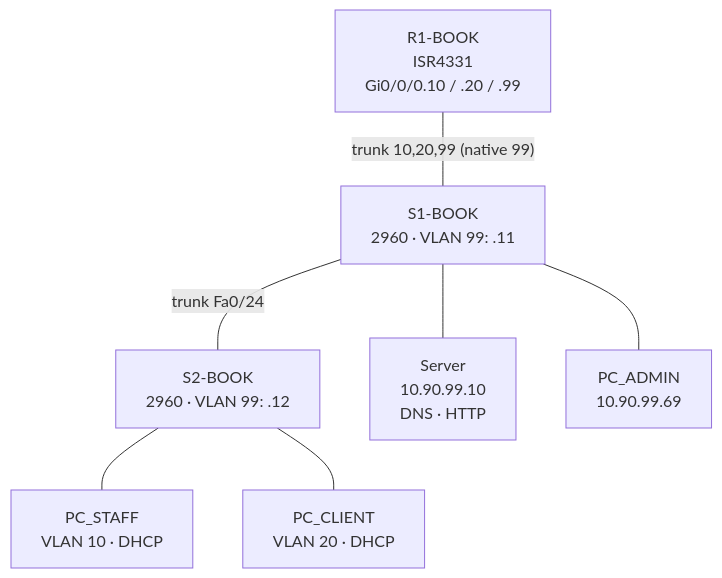
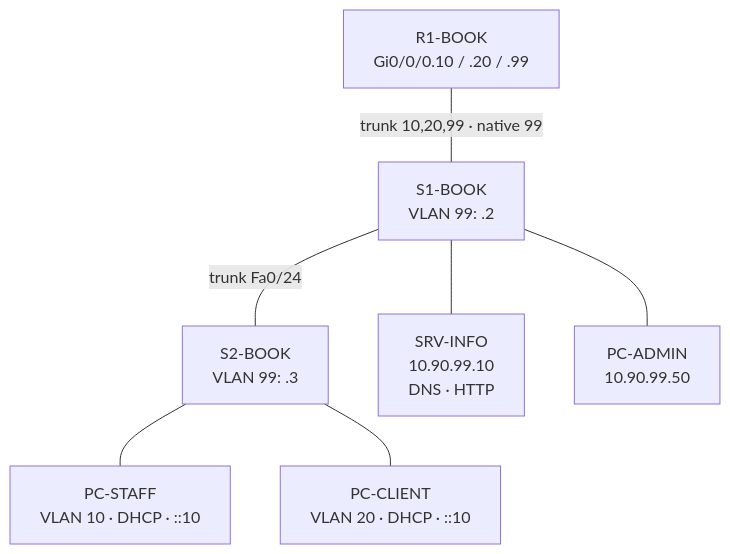
Before and after one commit to mwozniak-net/cisco-network-labs: the diagram in 01-booknook-router-on-a-stick/README.md, drawn with Mermaid. The commit also changed other lines of this file and 29 other files, not shown here.

````diff
--- a/01-booknook-router-on-a-stick/README.md
+++ b/01-booknook-router-on-a-stick/README.md
@@ -11,16 +13,16 @@
 ```mermaid
 flowchart TB
-  R1["R1-BOOK<br/>ISR4331<br/>Gi0/0/0.10 / .20 / .99"]
-  S1["S1-BOOK<br/>2960 · VLAN 99: .11"]
-  S2["S2-BOOK<br/>2960 · VLAN 99: .12"]
-  SRV["Server<br/>10.90.99.10<br/>DNS · HTTP"]
-  ADM["PC_ADMIN<br/>10.90.99.69"]
-  STF["PC_STAFF<br/>VLAN 10 · DHCP"]
-  CLI["PC_CLIENT<br/>VLAN 20 · DHCP"]
-  R1 ---|"trunk 10,20,99 (native 99)"| S1
+  R1["R1-BOOK<br/>Gi0/0/0.10 / .20 / .99"]
+  S1["S1-BOOK<br/>VLAN 99: .2"]
+  S2["S2-BOOK<br/>VLAN 99: .3"]
+  SRV["SRV-INFO<br/>10.90.99.10<br/>DNS · HTTP"]
+  ADM["PC-ADMIN<br/>10.90.99.50"]
+  STF["PC-STAFF<br/>VLAN 10 · DHCP · ::10"]
+  CLI["PC-CLIENT<br/>VLAN 20 · DHCP · ::10"]
+  R1 ---|"trunk 10,20,99 · native 99"| S1
   S1 ---|"trunk Fa0/24"| S2
   S1 --- SRV
   S1 --- ADM
   S2 --- STF
   S2 --- CLI
 ```
````
